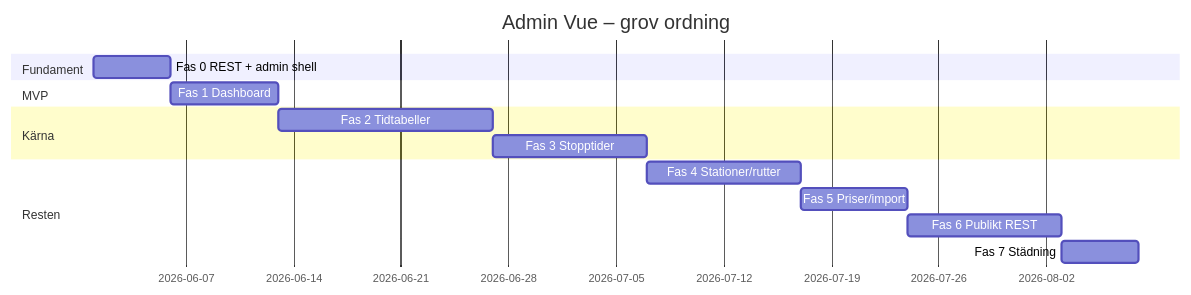
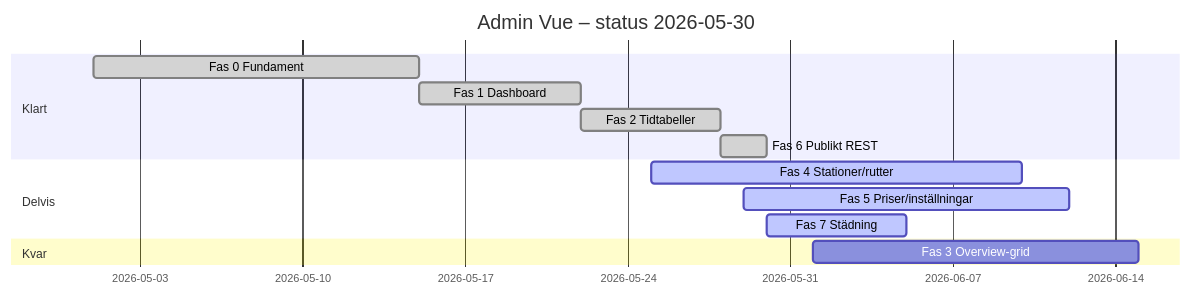
One commit to eriass2/Museum-Railway-Timetable changed the diagram in docs/ADMIN_VUE_PLAN.md. Above: the diagram before and after it, drawn with Mermaid. The commit also changed other lines of this file and 22 other files, not shown here.

Commit message:
Add editable overview grid, train types, and CSV import/export in Vue admin.

````diff
--- a/docs/ADMIN_VUE_PLAN.md
+++ b/docs/ADMIN_VUE_PLAN.md
@@ -271,17 +287,16 @@
 ```mermaid
 gantt
-  title Admin Vue – grov ordning
+  title Admin Vue – status 2026-05-30
   dateFormat YYYY-MM-DD
-  section Fundament
-  Fas 0 REST + admin shell     :f0, 2026-06-01, 5d
-  section MVP
-  Fas 1 Dashboard               :f1, after f0, 7d
-  section Kärna
-  Fas 2 Tidtabeller             :f2, after f1, 14d
-  Fas 3 Stopptider              :f3, after f2, 10d
-  section Resten
-  Fas 4 Stationer/rutter        :f4, after f3, 10d
-  Fas 5 Priser/import           :f5, after f4, 7d
-  Fas 6 Publikt REST            :f6, after f5, 10d
-  Fas 7 Städning                :f7, after f6, 5d
+  section Klart
+  Fas 0 Fundament           :done, f0, 2026-05-01, 2026-05-15
+  Fas 1 Dashboard           :done, f1, 2026-05-15, 2026-05-22
+  Fas 2 Tidtabeller         :done, f2, 2026-05-22, 2026-05-28
+  Fas 6 Publikt REST        :done, f6, 2026-05-28, 2026-05-30
+  section Delvis
+  Fas 4 Stationer/rutter    :active, f4, 2026-05-25, 2026-06-10
+  Fas 5 Priser/inställningar :active, f5, 2026-05-29, 2026-06-12
+  Fas 7 Städning            :active, f7, 2026-05-30, 2026-06-05
+  section Kvar
+  Fas 3 Overview-grid       :f3, 2026-06-01, 2026-06-15
 ```
````
